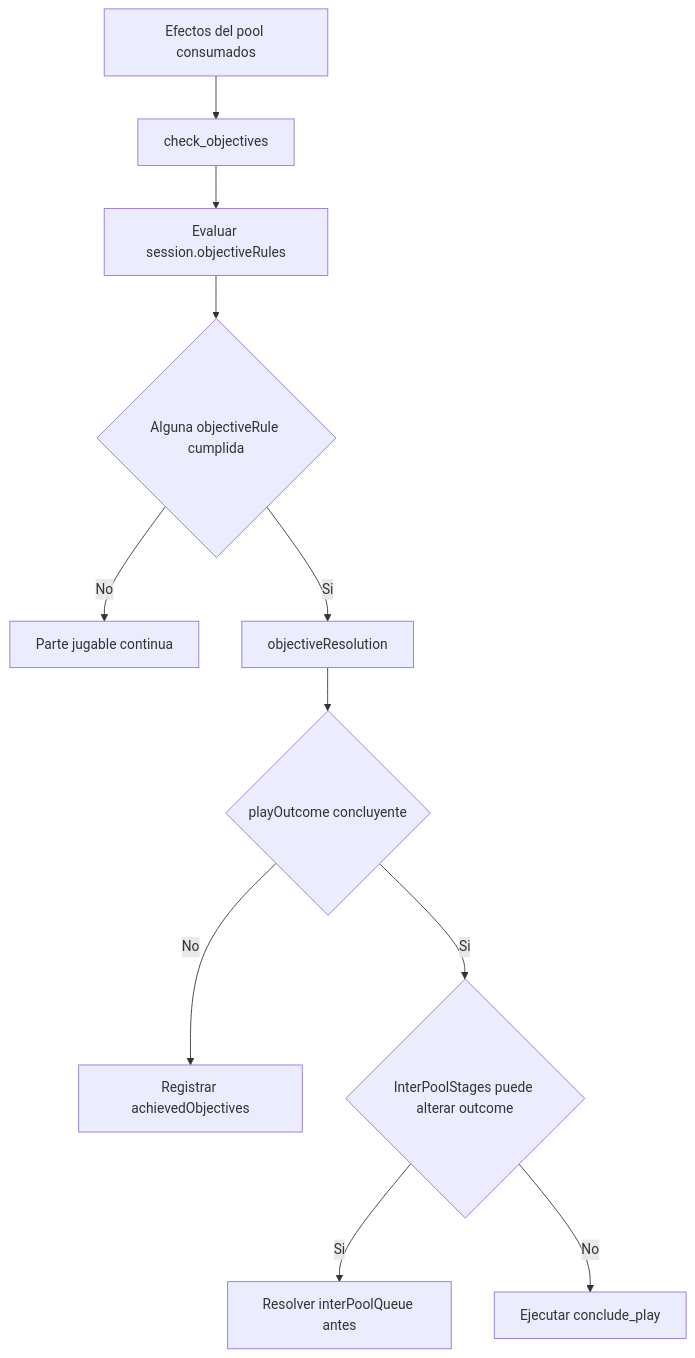
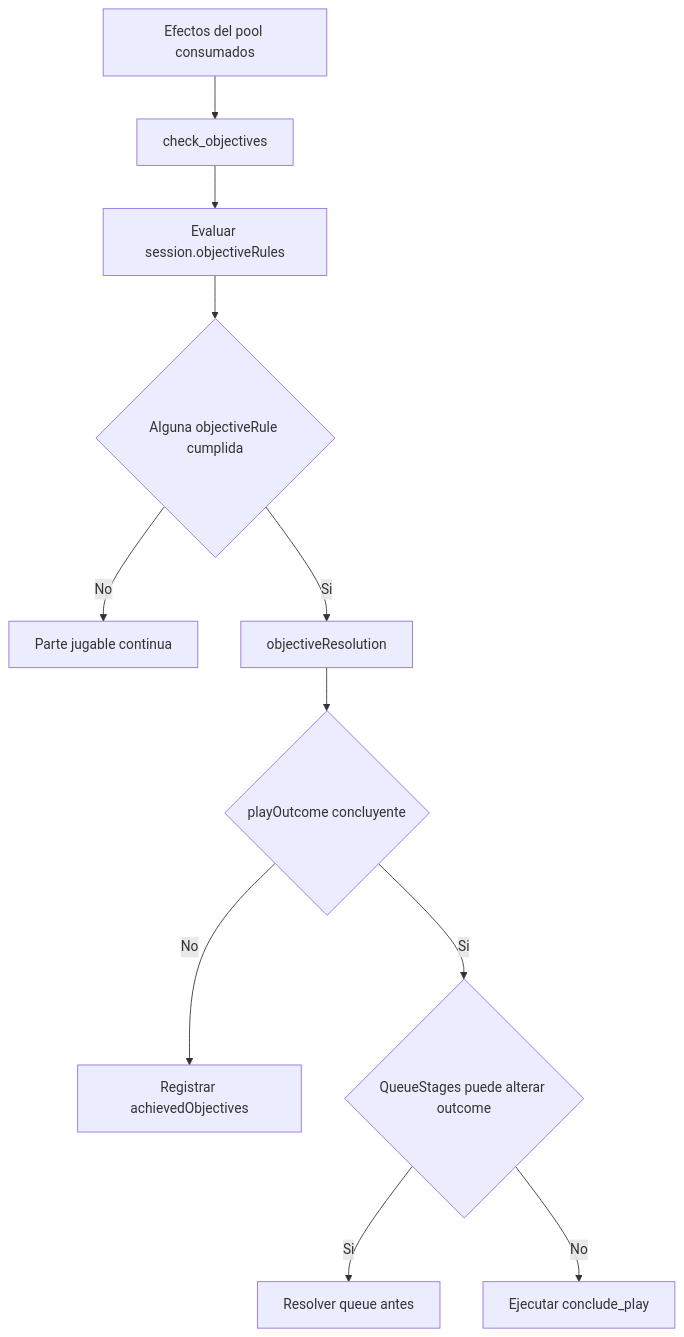
One commit to juanramonmorandeira/castronegro-director changed the tenth of 14 diagrams in docs/engine_flow_map.md. Above: the diagram before and after it, drawn with Mermaid. The commit also changed other lines of this file and 50 other files, not shown here.

Commit message:
Catalog pools and inter-pool queues

````diff
--- a/docs/engine_flow_map.md
+++ b/docs/engine_flow_map.md
@@ -514,13 +514,13 @@
 ```mermaid
 graph TD
   A[Efectos del pool consumados] --> B[check_objectives]
   B --> C[Evaluar session.objectiveRules]
   C --> D{Alguna objectiveRule cumplida}
   D -->|No| E[Parte jugable continua]
   D -->|Si| F[objectiveResolution]
   F --> G{playOutcome concluyente}
   G -->|No| H[Registrar achievedObjectives]
-  G -->|Si| I{InterPoolStages puede alterar outcome}
-  I -->|Si| J[Resolver interPoolQueue antes]
+  G -->|Si| I{QueueStages puede alterar outcome}
+  I -->|Si| J[Resolver queue antes]
   I -->|No| K[Ejecutar conclude_play]
 ```
````
